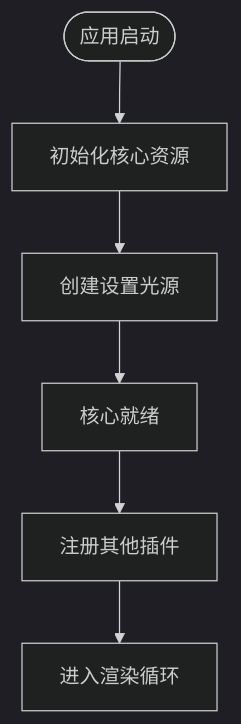
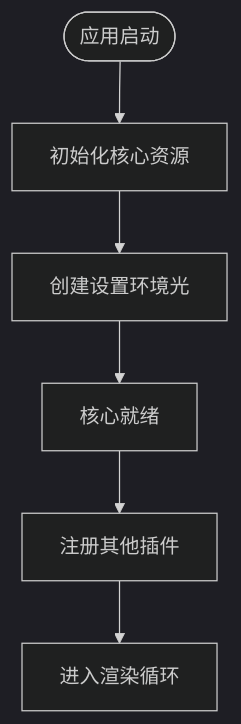
The third of 4 diagrams in .qoder/repowiki/zh/content/项目概述/核心特性/3D渲染引擎/Bevy渲染适配器.md (rzhangjing/cesium), drawn with Mermaid (dark theme) before and after one commit. The commit also changed other lines of this file and 9 other files, not shown here.

````diff
--- a/.qoder/repowiki/zh/content/项目概述/核心特性/3D渲染引擎/Bevy渲染适配器.md
+++ b/.qoder/repowiki/zh/content/项目概述/核心特性/3D渲染引擎/Bevy渲染适配器.md
@@ -174,8 +180,8 @@
 ```mermaid
 flowchart TD
 Start(["应用启动"]) --> InitCore["初始化核心资源"]
-InitCore --> CreateLight["创建设置光源"]
+InitCore --> CreateLight["创建设置环境光"]
 CreateLight --> Ready["核心就绪"]
 Ready --> RegisterPlugins["注册其他插件"]
 RegisterPlugins --> FrameLoop["进入渲染循环"]
 ```
````
